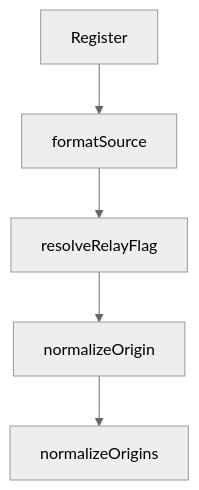
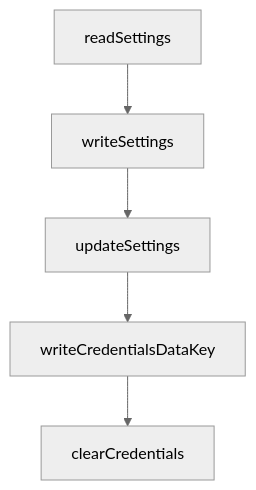
The diagram in tutorials/hapi-tutorial/05-permissions-and-approval-workflow.md (johnxie/awesome-code-docs), drawn with Mermaid (neutral theme) before and after one commit. The commit also changed other lines of this file and 1232 other files, not shown here.

````diff
--- a/tutorials/hapi-tutorial/05-permissions-and-approval-workflow.md
+++ b/tutorials/hapi-tutorial/05-permissions-and-approval-workflow.md
@@ -236,12 +248,12 @@
 ```mermaid
 flowchart TD
-    A[Register]
-    B[formatSource]
-    C[resolveRelayFlag]
-    D[normalizeOrigin]
-    E[normalizeOrigins]
+    A[readSettings]
+    B[writeSettings]
+    C[updateSettings]
+    D[writeCredentialsDataKey]
+    E[clearCredentials]
     A --> B
     B --> C
     C --> D
     D --> E
 ```
````
